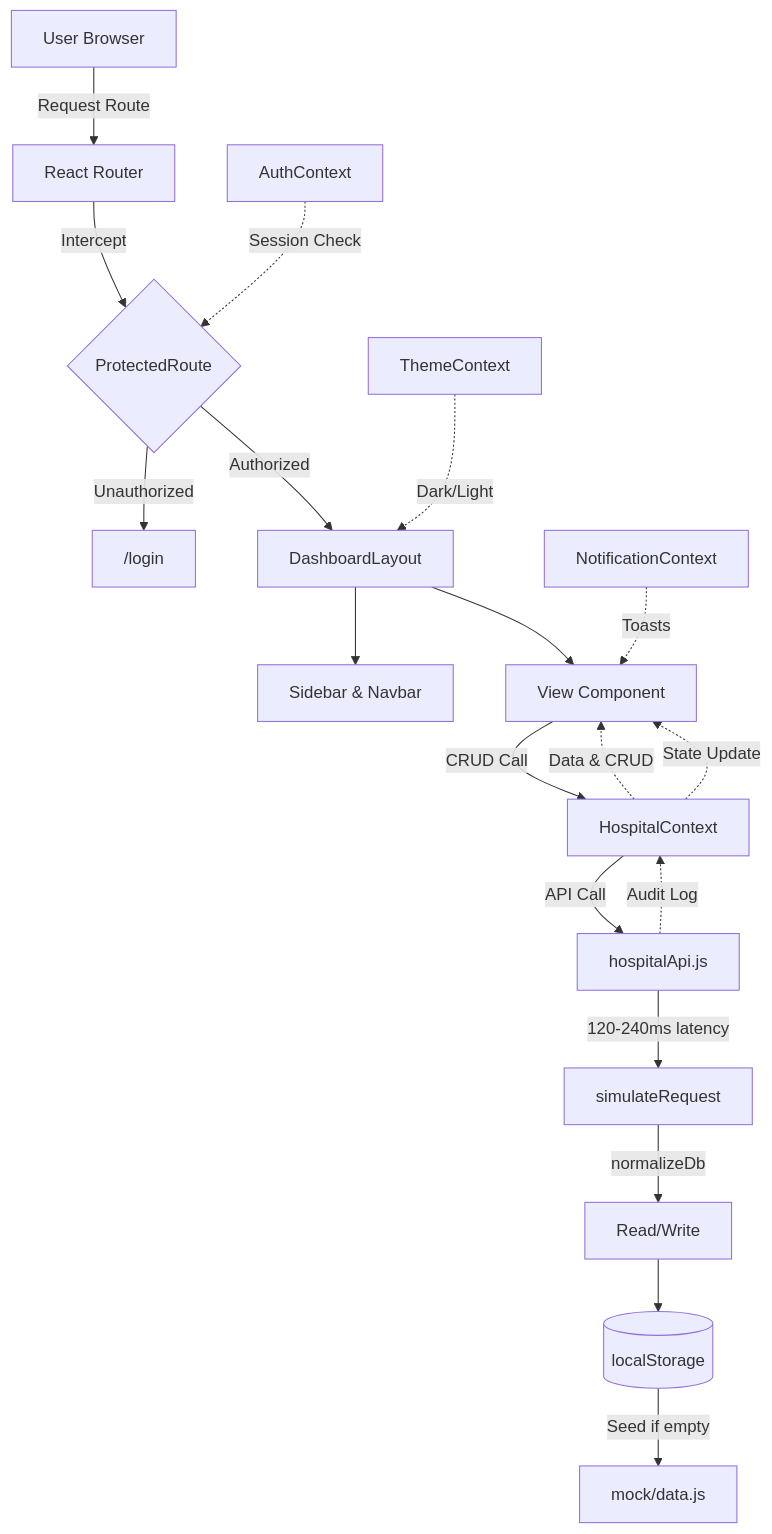
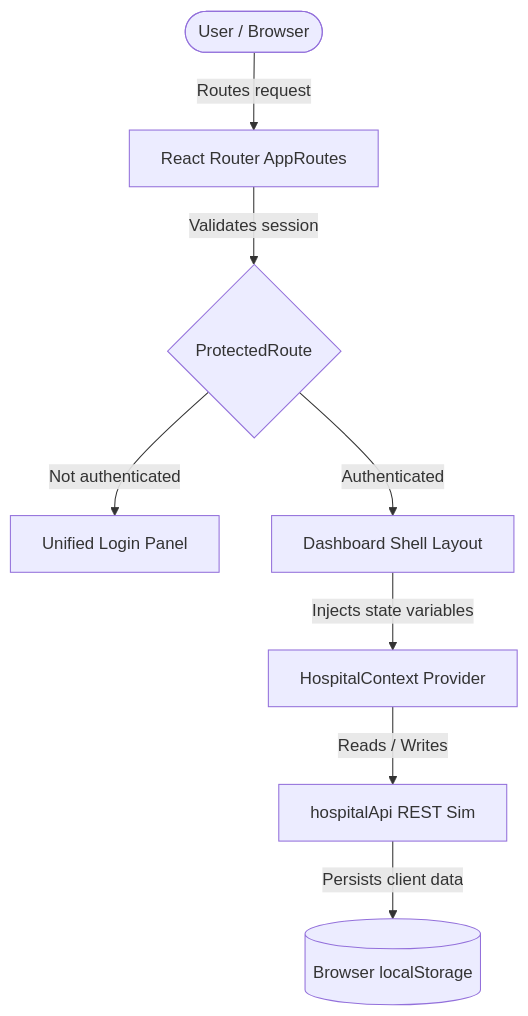
The diagram in README.md (GaganCB2002/Hospital_Management_System), drawn with Mermaid before and after one commit. The commit also changed other lines of this file and 23 other files, not shown here.

Commit message:
feat: modularize patient portal, fix telehealth squeezed text layout, sync auth URL routes, improve dark mode text contrast, and update brand SVG logos

````diff
--- a/README.md
+++ b/README.md
@@ -280,21 +69,10 @@
 ```mermaid
 graph TD
-    A[User Browser] -->|Request Route| B[React Router]
-    B -->|Intercept| C{ProtectedRoute}
-    H[AuthContext] -.->|Session Check| C
-    C -->|Unauthorized| D["/login"]
-    C -->|Authorized| E[DashboardLayout]
-    E --> F[Sidebar & Navbar]
-    E --> G[View Component]
-    I[HospitalContext] -.->|Data & CRUD| G
-    J[ThemeContext] -.->|Dark/Light| E
-    K[NotificationContext] -.->|Toasts| G
-    G -->|CRUD Call| I
-    I -->|API Call| L[hospitalApi.js]
-    L -->|120-240ms latency| M[simulateRequest]
-    M -->|normalizeDb| N[Read/Write]
-    N --> O[(localStorage)]
-    O -->|Seed if empty| P[mock/data.js]
-    L -.->|Audit Log| I
-    I -.->|State Update| G
+    User([User / Browser]) -->|Routes request| Router[React Router AppRoutes]
+    Router -->|Validates session| Guard{ProtectedRoute}
+    Guard -->|Not authenticated| Login[Unified Login Panel]
+    Guard -->|Authenticated| Shell[Dashboard Shell Layout]
+    Shell -->|Injects state variables| DataContext[HospitalContext Provider]
+    DataContext -->|Reads / Writes| MockAPI[hospitalApi REST Sim]
+    MockAPI -->|Persists client data| Storage[(Browser localStorage)]
 ```
````
